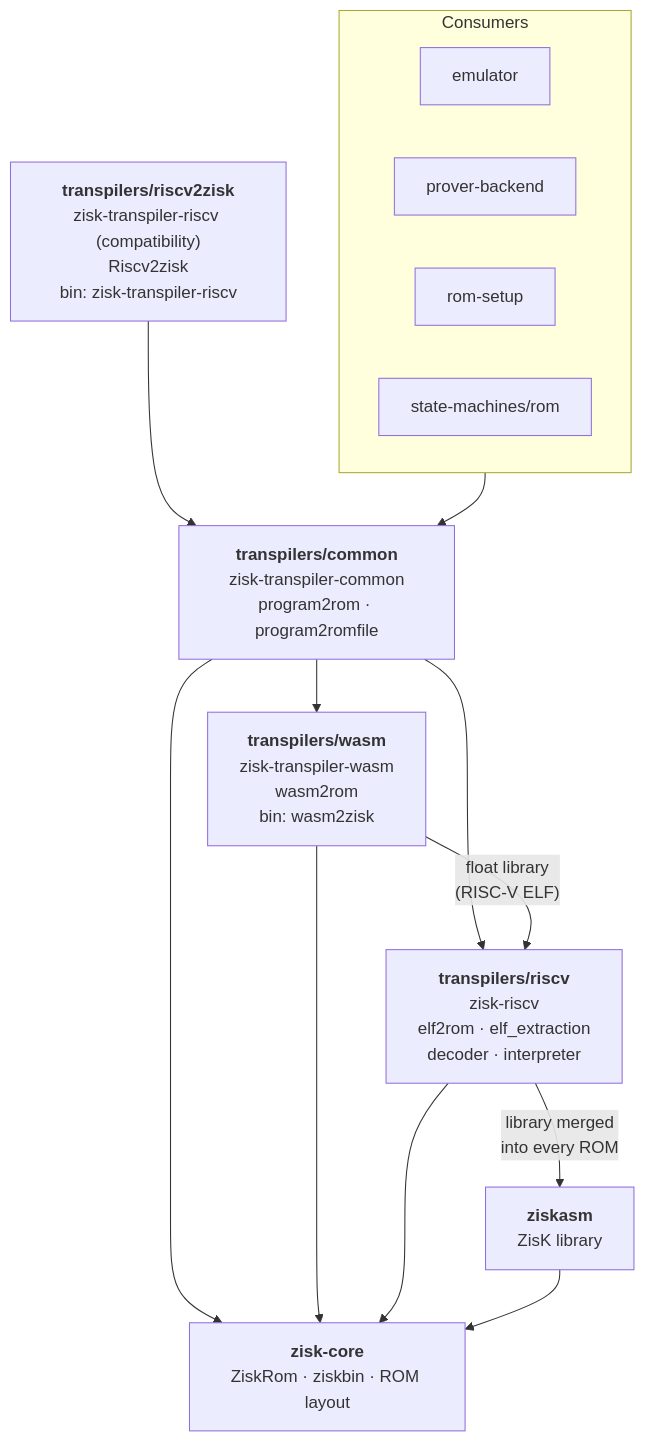
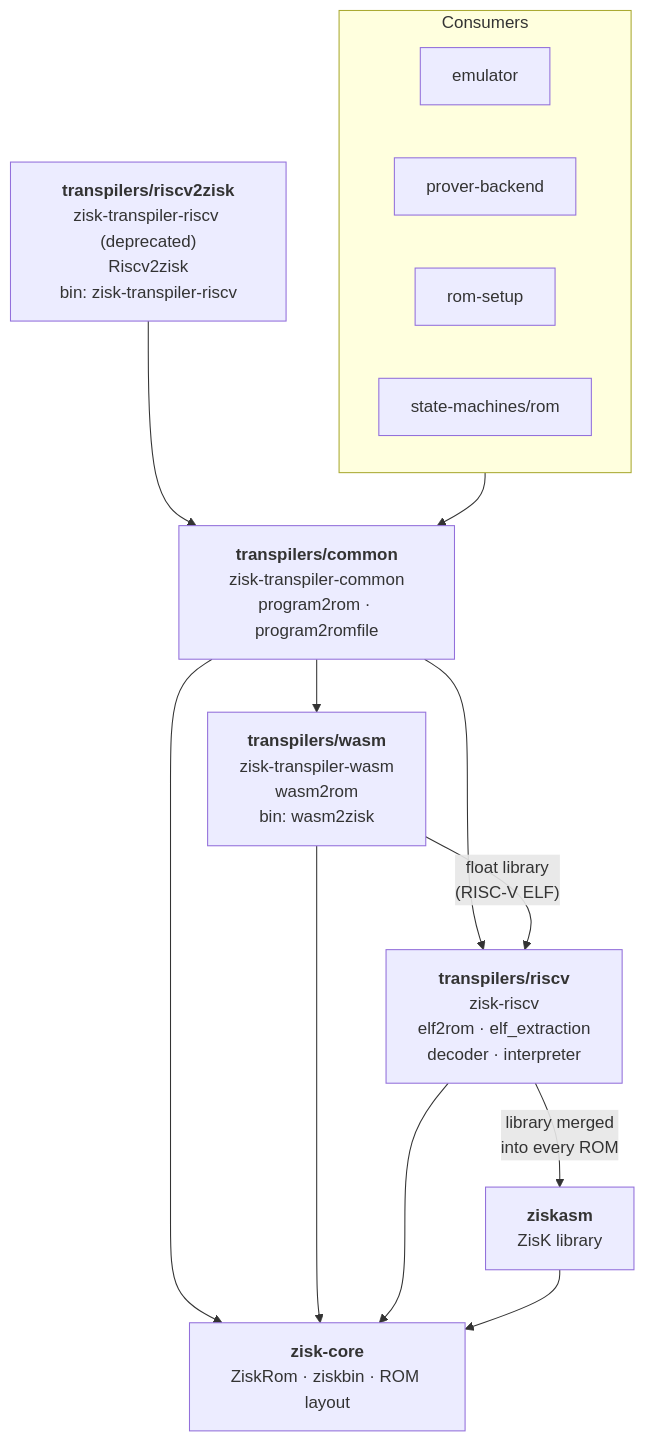
One commit to 0xPolygonHermez/zisk changed the diagram in transpilers/README.md. Above: the diagram before and after it, drawn with Mermaid. The commit also changed other lines of this file and 3 other files, not shown here.

First line of the commit message:
transpilers: deprecate the zisk-transpiler-riscv crate's API

````diff
--- a/transpilers/README.md
+++ b/transpilers/README.md
@@ -22,27 +22,27 @@
 ```mermaid
 flowchart TD
     subgraph consumers["Consumers"]
         emulator
         prover["prover-backend"]
         romsetup["rom-setup"]
         smrom["state-machines/rom"]
     end
 
-    compat["<b>transpilers/riscv2zisk</b><br/>zisk-transpiler-riscv (compatibility)<br/>Riscv2zisk<br/>bin: zisk-transpiler-riscv"]
+    compat["<b>transpilers/riscv2zisk</b><br/>zisk-transpiler-riscv (deprecated)<br/>Riscv2zisk<br/>bin: zisk-transpiler-riscv"]
     common["<b>transpilers/common</b><br/>zisk-transpiler-common<br/>program2rom · program2romfile"]
     wasm["<b>transpilers/wasm</b><br/>zisk-transpiler-wasm<br/>wasm2rom<br/>bin: wasm2zisk"]
     riscv["<b>transpilers/riscv</b><br/>zisk-riscv<br/>elf2rom · elf_extraction<br/>decoder · interpreter"]
     ziskasm["<b>ziskasm</b><br/>ZisK library"]
     core["<b>zisk-core</b><br/>ZiskRom · ziskbin · ROM layout"]
 
     consumers --> common
     compat --> common
     common --> wasm
     common --> riscv
     wasm -- "float library<br/>(RISC-V ELF)" --> riscv
     riscv -- "library merged<br/>into every ROM" --> ziskasm
     common --> core
     wasm --> core
     riscv --> core
     ziskasm --> core
 ```
````
